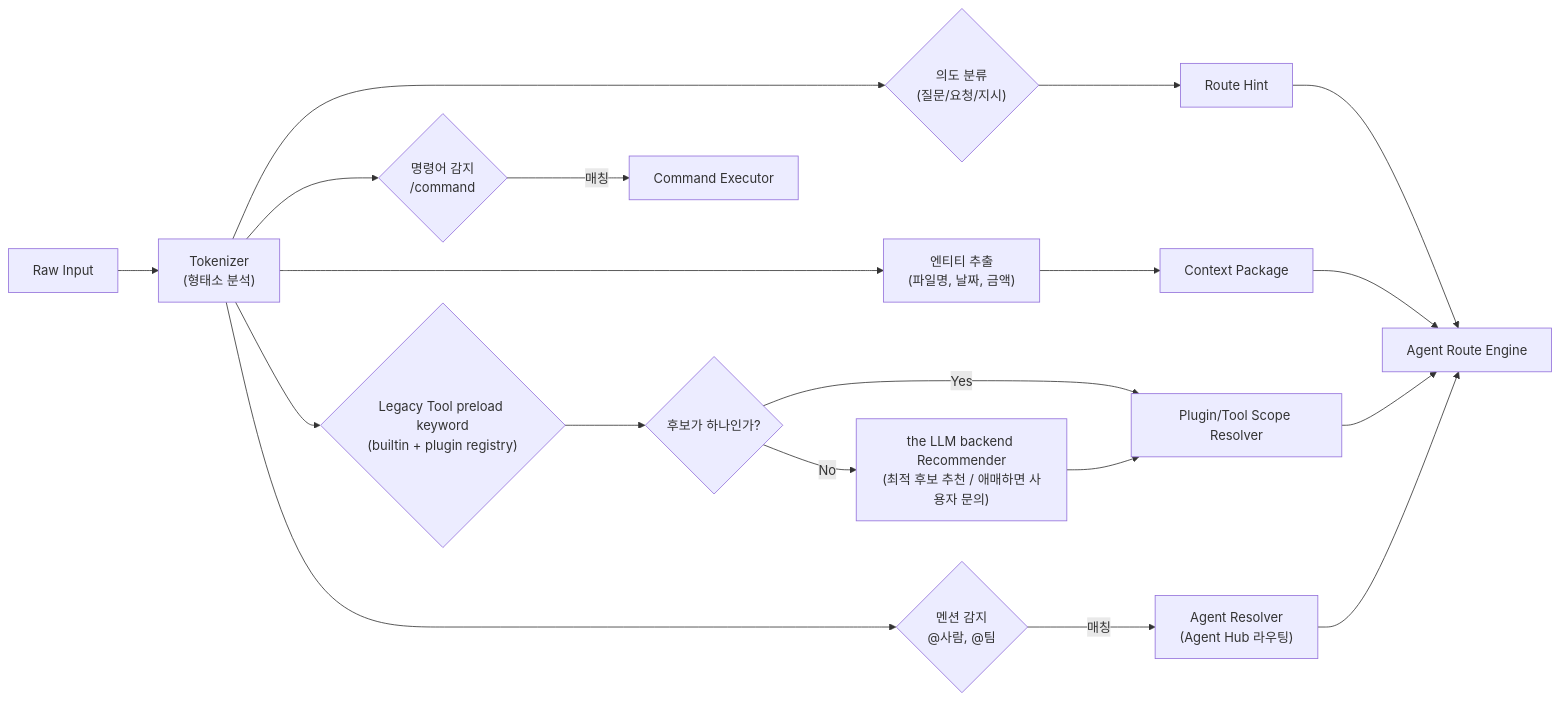
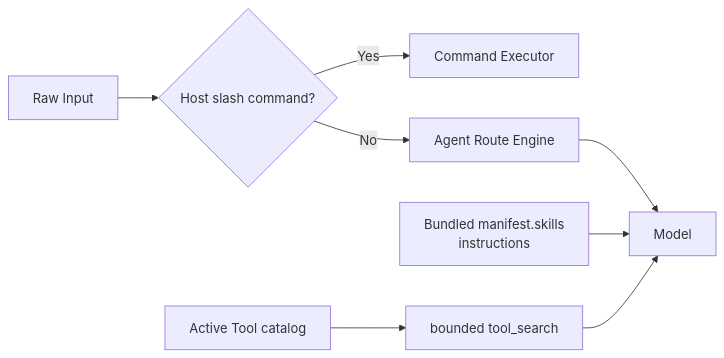
Before and after one commit to lvis-project/lvis-app: diagram 17 of 44 in docs/ko/architecture/architecture.md, drawn with Mermaid. The commit also changed other lines of this file and 10 other files, not shown here.

````diff
--- a/docs/ko/architecture/architecture.md
+++ b/docs/ko/architecture/architecture.md
@@ -1514,24 +1514,10 @@
 ```mermaid
 flowchart LR
-    INPUT["Raw Input"] --> TOKENIZER["Tokenizer<br/>(형태소 분석)"]
-
-    TOKENIZER --> CMD_DETECT{"명령어 감지<br/>/command"}
-    TOKENIZER --> SKILL_DETECT{"Legacy Tool preload keyword<br/>(builtin + plugin registry)"}
-    TOKENIZER --> MENTION_DETECT{"멘션 감지<br/>@사람, @팀"}
-    TOKENIZER --> INTENT_DETECT{"의도 분류<br/>(질문/요청/지시)"}
-    TOKENIZER --> ENTITY_EXTRACT["엔티티 추출<br/>(파일명, 날짜, 금액)"]
-    SKILL_DETECT --> AMBIG{"후보가 하나인가?"}
-    AMBIG -->|"No"| LLM_RECO["the LLM backend Recommender<br/>(최적 후보 추천 / 애매하면 사용자 문의)"]
-    AMBIG -->|"Yes"| SKILL_RESOLVE["Plugin/Tool Scope Resolver"]
-
-    CMD_DETECT -->|"매칭"| CMD_EXEC["Command Executor"]
-    MENTION_DETECT -->|"매칭"| AGENT_RESOLVE["Agent Resolver<br/>(Agent Hub 라우팅)"]
-    INTENT_DETECT --> ROUTE_HINT["Route Hint"]
-    ENTITY_EXTRACT --> CTX["Context Package"]
-    LLM_RECO --> SKILL_RESOLVE
-
-    ROUTE_HINT --> ROUTE_ENGINE["Agent Route Engine"]
-    CTX --> ROUTE_ENGINE
-    SKILL_RESOLVE --> ROUTE_ENGINE
-    AGENT_RESOLVE --> ROUTE_ENGINE
+    INPUT["Raw Input"] --> CLASSIFY{"Host slash command?"}
+    CLASSIFY -->|"Yes"| CMD_EXEC["Command Executor"]
+    CLASSIFY -->|"No"| ROUTE_ENGINE["Agent Route Engine"]
+    SKILLS["Bundled manifest.skills<br/>instructions"] --> MODEL["Model"]
+    CATALOG["Active Tool catalog"] --> SEARCH["bounded tool_search"]
+    SEARCH --> MODEL
+    ROUTE_ENGINE --> MODEL
 ```
````
